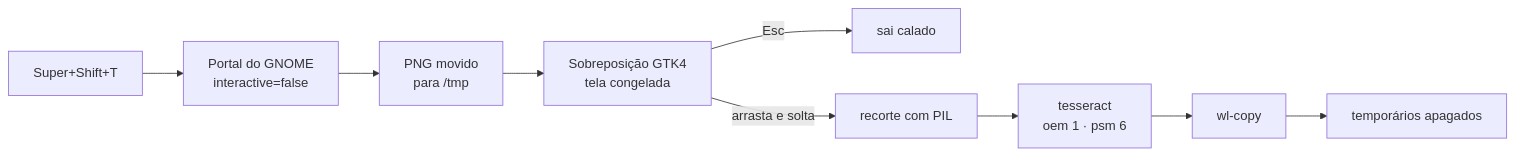
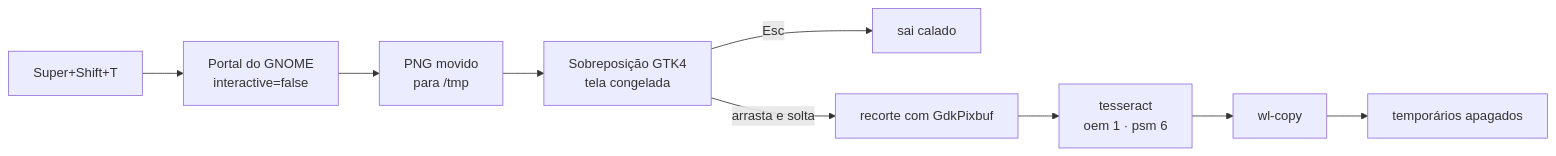
One commit to augustotecnos/ocr-tela changed the diagram in README.md. Above: the diagram before and after it, drawn with Mermaid. The commit also changed other lines of this file and 5 other files, not shown here.

````diff
--- a/README.md
+++ b/README.md
@@ -35,11 +35,11 @@
 ```mermaid
 flowchart LR
     A["Super+Shift+T"] --> B["Portal do GNOME<br/>interactive=false"]
     B --> C["PNG movido<br/>para /tmp"]
     C --> D["Sobreposição GTK4<br/>tela congelada"]
     D -->|Esc| X["sai calado"]
-    D -->|arrasta e solta| E["recorte com PIL"]
+    D -->|arrasta e solta| E["recorte com GdkPixbuf"]
     E --> F["tesseract<br/>oem 1 · psm 6"]
     F --> G["wl-copy"]
     G --> H["temporários apagados"]
 ```
````
